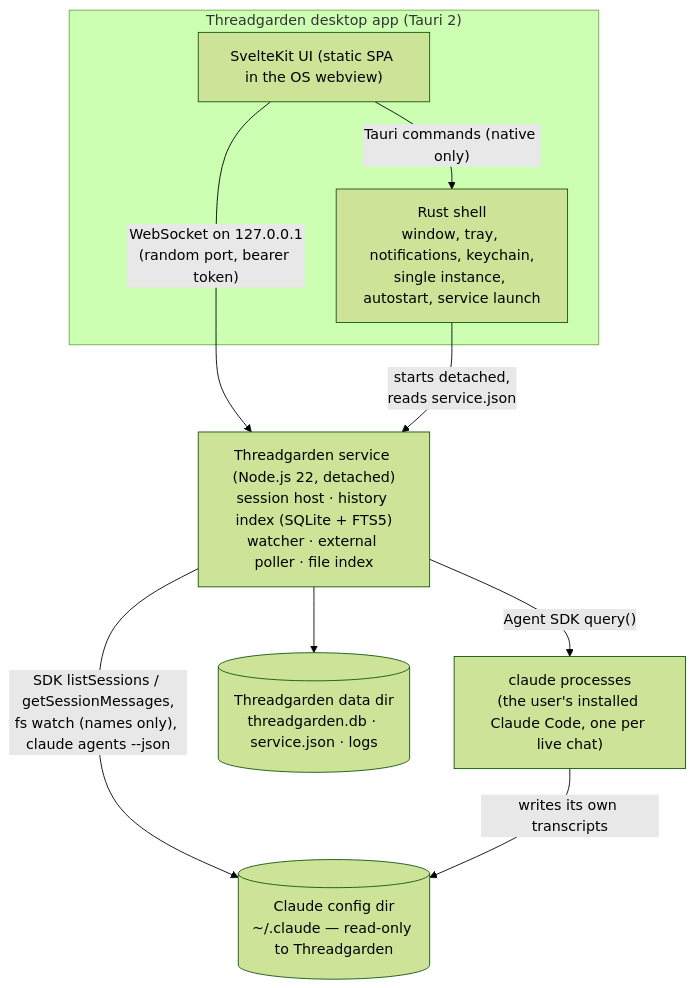
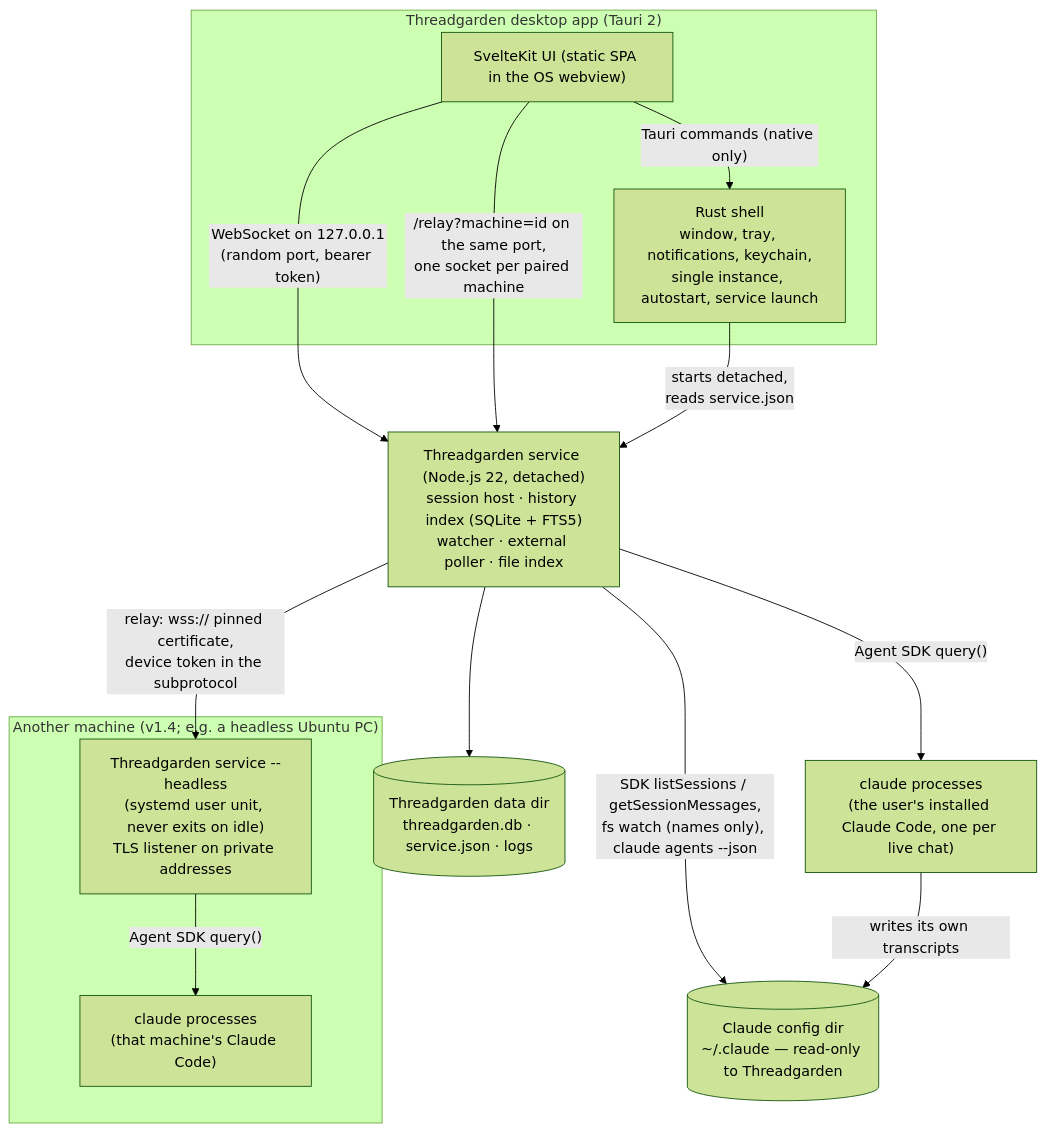
One commit to JiriPlasek/ThreadGarden changed the diagram in docs/architecture.md. Above: the diagram before and after it, drawn with Mermaid (forest theme). The commit also changed other lines of this file and 3 other files, not shown here.

First line of the commit message:
docs: remote machines setup guide and architecture

````diff
--- a/docs/architecture.md
+++ b/docs/architecture.md
@@ -13,19 +13,27 @@
 ```mermaid
 flowchart TB
   subgraph app["Threadgarden desktop app (Tauri 2)"]
     shell["Rust shell<br/>window, tray, notifications, keychain,<br/>single instance, autostart, service launch"]
     ui["SvelteKit UI (static SPA in the OS webview)"]
   end
   service["Threadgarden service (Node.js 22, detached)<br/>session host · history index (SQLite + FTS5)<br/>watcher · external poller · file index"]
   claude["claude processes<br/>(the user's installed Claude Code, one per live chat)"]
   config[("Claude config dir<br/>~/.claude — read-only to Threadgarden")]
   data[("Threadgarden data dir<br/>threadgarden.db · service.json · logs")]
 
+  subgraph machine["Another machine (v1.4; e.g. a headless Ubuntu PC)"]
+    remote["Threadgarden service --headless<br/>(systemd user unit, never exits on idle)<br/>TLS listener on private addresses"]
+    rclaude["claude processes<br/>(that machine's Claude Code)"]
+  end
+
   ui -- "WebSocket on 127.0.0.1<br/>(random port, bearer token)" --> service
+  ui -- "/relay?machine=id on the same port,<br/>one socket per paired machine" --> service
+  service -- "relay: wss:// pinned certificate,<br/>device token in the subprotocol" --> remote
   shell -- "starts detached,<br/>reads service.json" --> service
   ui -- "Tauri commands (native only)" --> shell
   service -- "Agent SDK query()" --> claude
   service -- "SDK listSessions / getSessionMessages,<br/>fs watch (names only), claude agents --json" --> config
   claude -- "writes its own transcripts" --> config
   service --> data
+  remote -- "Agent SDK query()" --> rclaude
 ```
````
